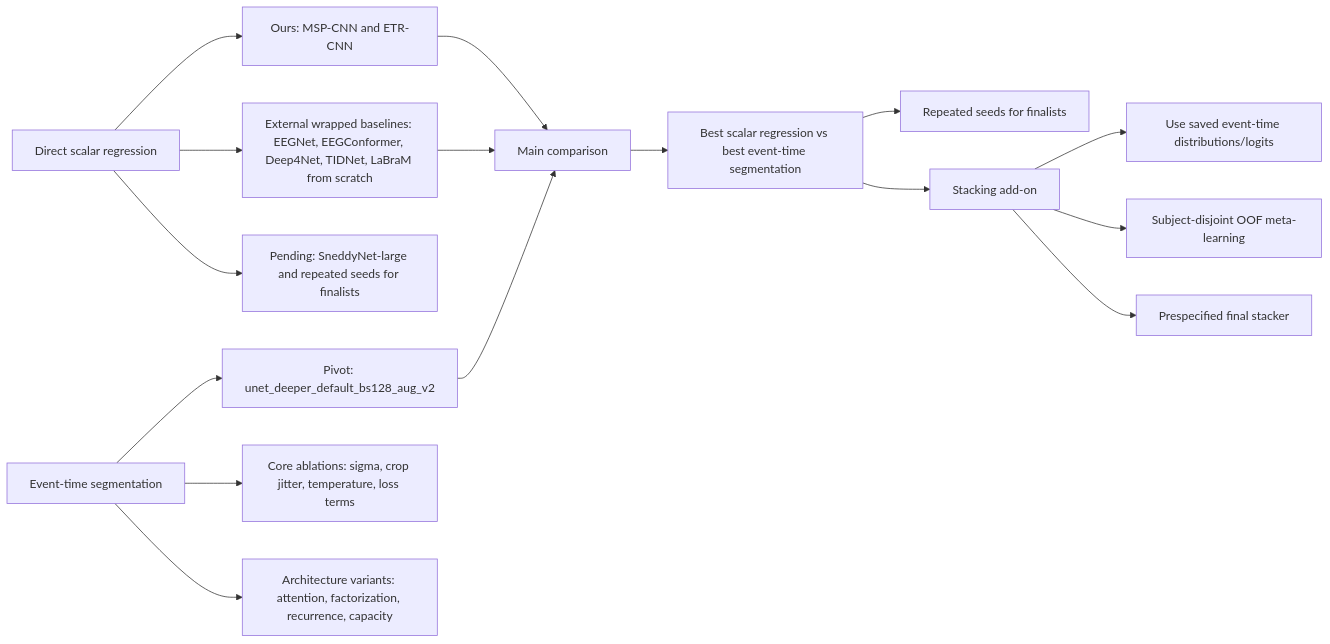
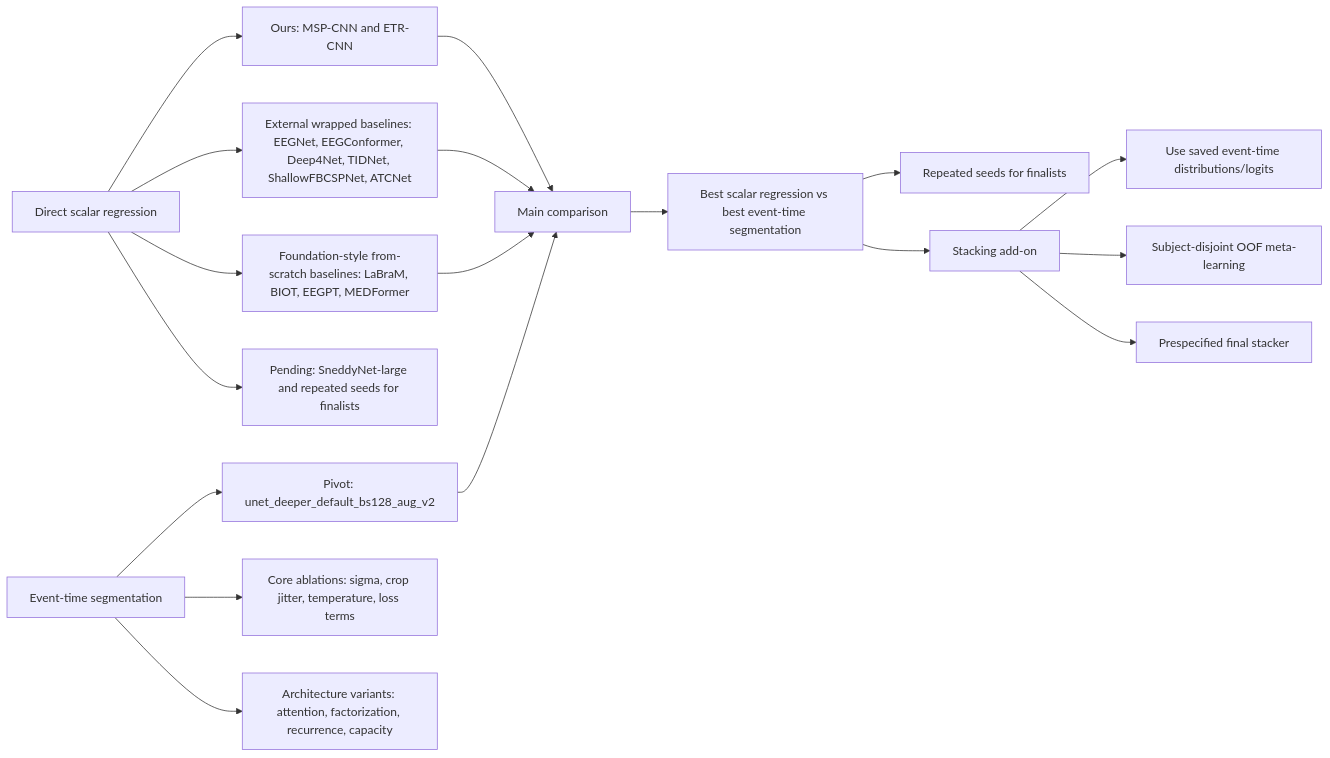
Before and after one commit to sneddy/neurosned: the second of 2 diagrams in benchmarks/EXPERIMENTS.md, drawn with Mermaid. The commit also changed other lines of this file and 30 other files, not shown here.

````diff
--- a/benchmarks/EXPERIMENTS.md
+++ b/benchmarks/EXPERIMENTS.md
@@ -209,21 +245,23 @@
 ```mermaid
 flowchart LR
     A["Direct scalar regression"] --> A1["Ours: MSP-CNN and ETR-CNN"]
-    A --> A2["External wrapped baselines: EEGNet, EEGConformer, Deep4Net, TIDNet, LaBraM from scratch"]
+    A --> A2["External wrapped baselines: EEGNet, EEGConformer, Deep4Net, TIDNet, ShallowFBCSPNet, ATCNet"]
+    A --> A4["Foundation-style from-scratch baselines: LaBraM, BIOT, EEGPT, MEDFormer"]
     A --> A3["Pending: SneddyNet-large and repeated seeds for finalists"]
 
     B["Event-time segmentation"] --> B1["Pivot: unet_deeper_default_bs128_aug_v2"]
     B --> B2["Core ablations: sigma, crop jitter, temperature, loss terms"]
     B --> B3["Architecture variants: attention, factorization, recurrence, capacity"]
 
     A1 --> C["Main comparison"]
     A2 --> C
+    A4 --> C
     B1 --> C
     C --> C1["Best scalar regression vs best event-time segmentation"]
     C1 --> D["Repeated seeds for finalists"]
 
     C1 --> E["Stacking add-on"]
     E --> E1["Use saved event-time distributions/logits"]
     E --> E2["Subject-disjoint OOF meta-learning"]
     E --> E3["Prespecified final stacker"]
 ```
````
